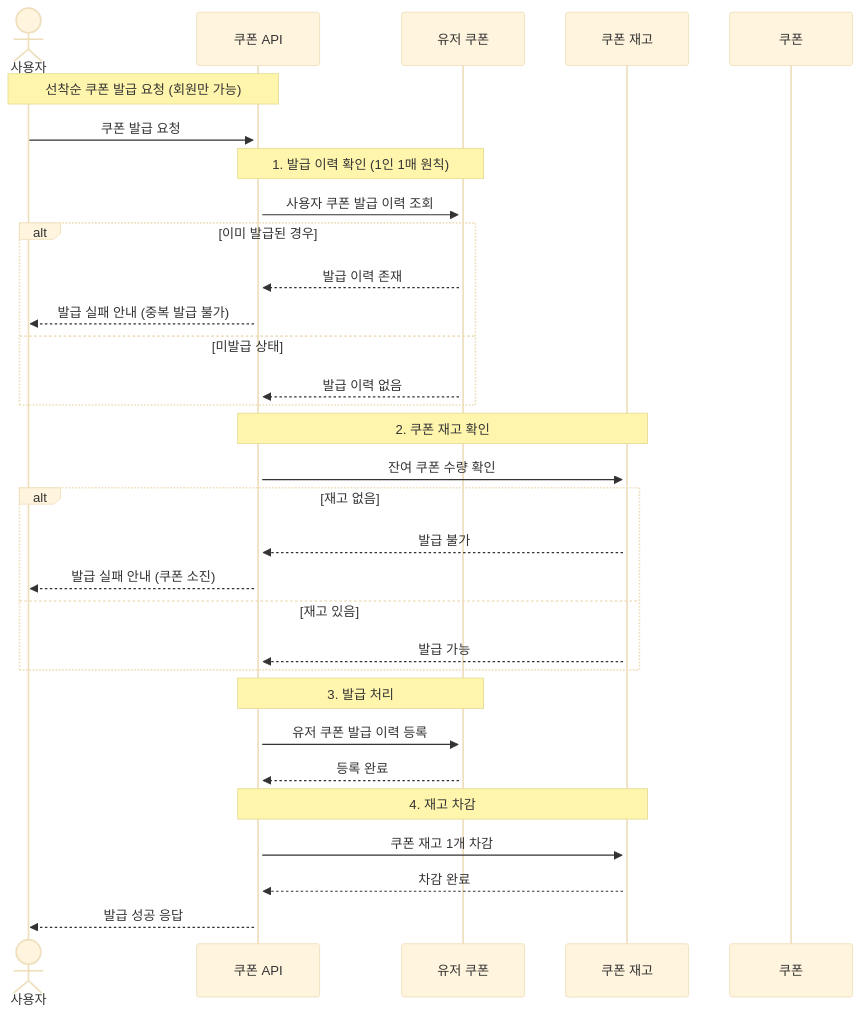
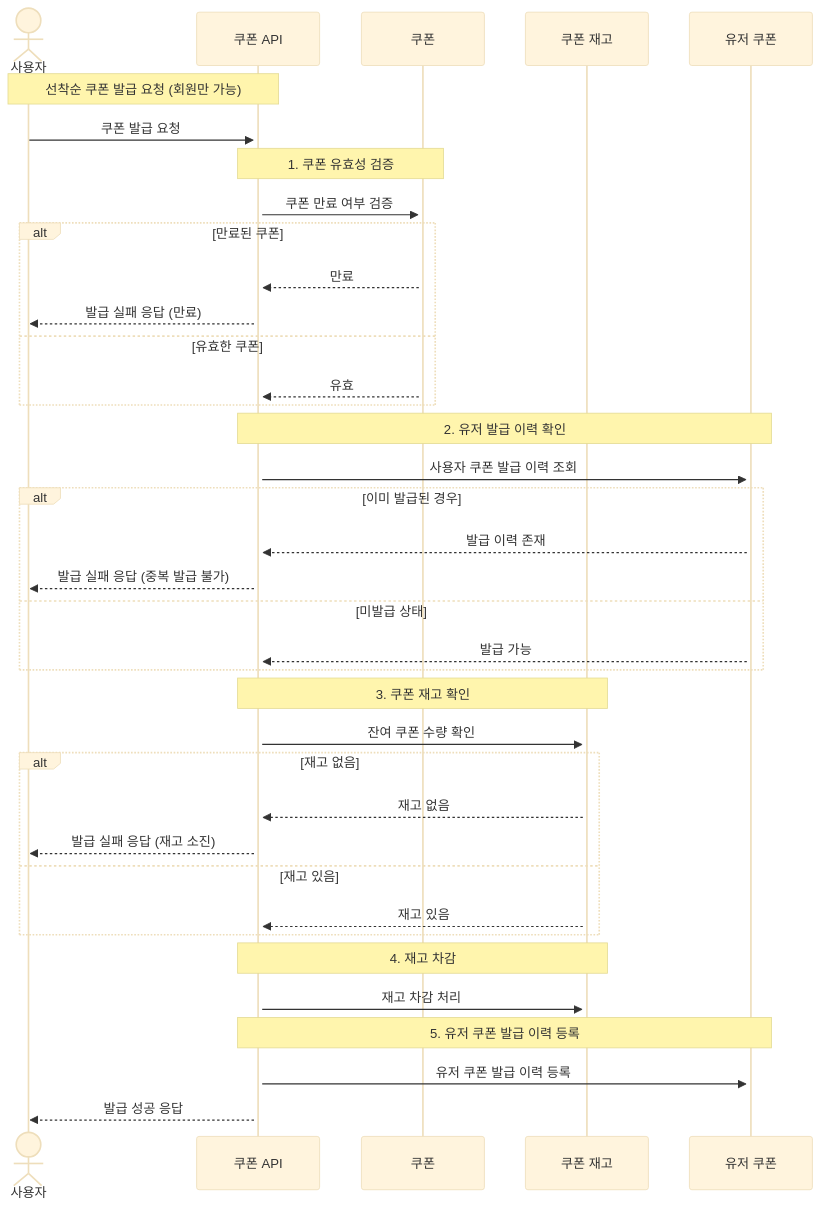
The first of 2 diagrams in docs/sequence/3.쿠폰_발급_조회.md (Scope0204/e-commerce), drawn with Mermaid (base theme) before and after one commit.

Commit message:
docs: 쿠폰 발급 API 시퀀스 차트 수정

````diff
--- a/docs/sequence/3.쿠폰_발급_조회.md
+++ b/docs/sequence/3.쿠폰_발급_조회.md
@@ -22,39 +22,46 @@
 ```mermaid
 sequenceDiagram
-actor Client as 사용자
-participant CouponAPI as 쿠폰 API
-participant UserCoupon as 유저 쿠폰
-participant CouponStock as 쿠폰 재고
-participant Coupon as 쿠폰
+    actor Client as 사용자
+    participant CouponAPI as 쿠폰 API
+    participant Coupon as 쿠폰
+    participant CouponStock as 쿠폰 재고
+    participant UserCoupon as 유저 쿠폰
 
-Note over Client,CouponAPI: 선착순 쿠폰 발급 요청 (회원만 가능)
-Client->>+CouponAPI: 쿠폰 발급 요청
+    Note over Client,CouponAPI: 선착순 쿠폰 발급 요청 (회원만 가능)
+    Client->>+CouponAPI: 쿠폰 발급 요청
 
-Note over CouponAPI,UserCoupon: 1. 발급 이력 확인 (1인 1매 원칙)
-CouponAPI->>+UserCoupon: 사용자 쿠폰 발급 이력 조회
-alt 이미 발급된 경우
-    UserCoupon-->>CouponAPI: 발급 이력 존재
-    CouponAPI-->>Client: 발급 실패 안내 (중복 발급 불가)
-else 미발급 상태
-    UserCoupon-->>CouponAPI: 발급 이력 없음
-end
+    Note over CouponAPI,Coupon: 1. 쿠폰 유효성 검증
+    CouponAPI->>+Coupon: 쿠폰 만료 여부 검증
+    alt 만료된 쿠폰
+        Coupon-->>CouponAPI: 만료
+        CouponAPI-->>Client: 발급 실패 응답 (만료)
+    else 유효한 쿠폰
+        Coupon-->>CouponAPI: 유효
+    end
 
-Note over CouponAPI,CouponStock: 2. 쿠폰 재고 확인
-CouponAPI->>+CouponStock: 잔여 쿠폰 수량 확인
-alt 재고 없음
-    CouponStock-->>CouponAPI: 발급 불가
-    CouponAPI-->>Client: 발급 실패 안내 (쿠폰 소진)
-else 재고 있음
-    CouponStock-->>CouponAPI: 발급 가능
-end
+    Note over CouponAPI,UserCoupon: 2. 유저 발급 이력 확인
+    CouponAPI->>+UserCoupon: 사용자 쿠폰 발급 이력 조회
+    alt 이미 발급된 경우
+        UserCoupon-->>CouponAPI: 발급 이력 존재
+        CouponAPI-->>Client: 발급 실패 응답 (중복 발급 불가)
+    else 미발급 상태
+        UserCoupon-->>CouponAPI: 발급 가능
+    end
 
-Note over CouponAPI,UserCoupon: 3. 발급 처리
-CouponAPI->>+UserCoupon: 유저 쿠폰 발급 이력 등록
-UserCoupon-->>CouponAPI: 등록 완료
+    Note over CouponAPI,CouponStock: 3. 쿠폰 재고 확인
+    CouponAPI->>+CouponStock: 잔여 쿠폰 수량 확인
+    alt 재고 없음
+        CouponStock-->>CouponAPI: 재고 없음
+        CouponAPI-->>Client: 발급 실패 응답 (재고 소진)
+    else 재고 있음
+        CouponStock-->>CouponAPI: 재고 있음
+    end
 
-Note over CouponAPI,CouponStock: 4. 재고 차감
-CouponAPI->>+CouponStock: 쿠폰 재고 1개 차감
-CouponStock-->>CouponAPI: 차감 완료
+    Note over CouponAPI,CouponStock: 4. 재고 차감
+    CouponAPI->>+CouponStock: 재고 차감 처리
 
-CouponAPI-->>Client: 발급 성공 응답
+    Note over CouponAPI,UserCoupon: 5. 유저 쿠폰 발급 이력 등록
+    CouponAPI->>+UserCoupon: 유저 쿠폰 발급 이력 등록
+
+    CouponAPI-->>Client: 발급 성공 응답
 ```
````
